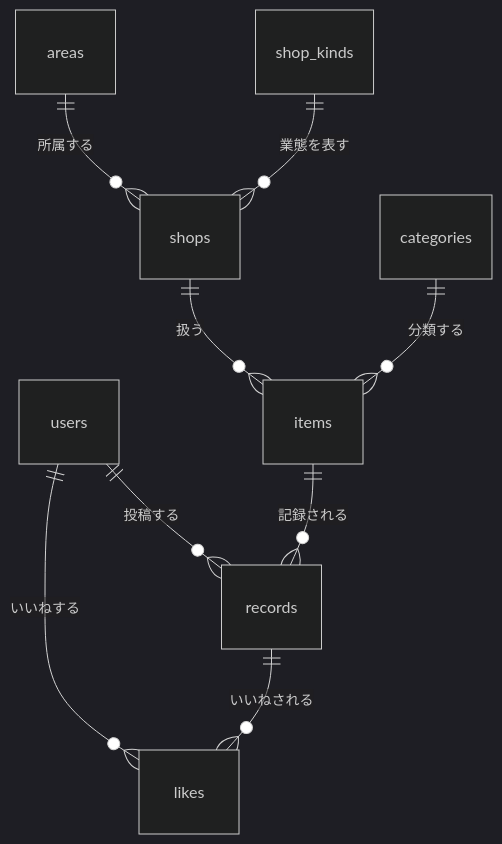
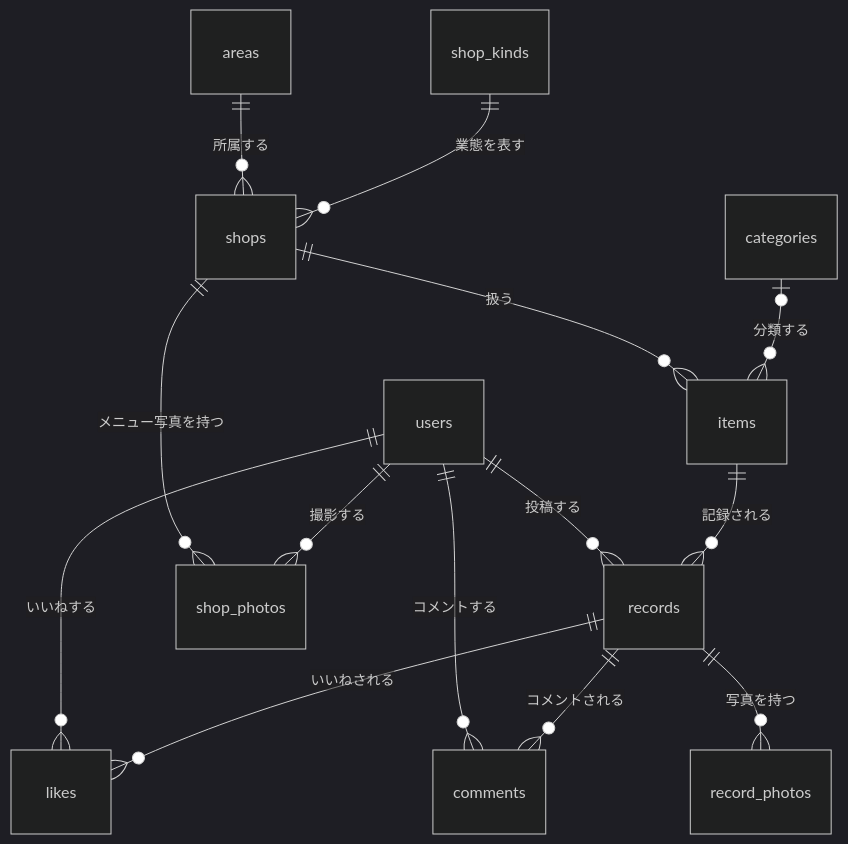
The diagram in docs/テーブル設計.md (saki-nakata/nani-tabeta), drawn with Mermaid (dark theme) before and after one commit. The commit also changed other lines of this file and 2 other files, not shown here.

````diff
--- a/docs/テーブル設計.md
+++ b/docs/テーブル設計.md
@@ -5,11 +5,16 @@
 ```mermaid
 erDiagram
-    users      ||--o{ records : "投稿する"
-    users      ||--o{ likes   : "いいねする"
-    records    ||--o{ likes   : "いいねされる"
-    shops      ||--o{ items   : "扱う"
-    items      ||--o{ records : "記録される"
-    categories ||--o{ items   : "分類する"
-    areas      ||--o{ shops   : "所属する"
-    shop_kinds ||--o{ shops   : "業態を表す"
+    users      ||--o{ records  : "投稿する"
+    users      ||--o{ likes    : "いいねする"
+    users      ||--o{ comments : "コメントする"
+    records    ||--o{ likes    : "いいねされる"
+    records    ||--o{ comments : "コメントされる"
+    records    ||--o{ record_photos : "写真を持つ"
+    shops      ||--o{ shop_photos   : "メニュー写真を持つ"
+    users      ||--o{ shop_photos   : "撮影する"
+    shops      ||--o{ items    : "扱う"
+    items      ||--o{ records  : "記録される"
+    categories |o--o{ items    : "分類する"
+    areas      ||--o{ shops    : "所属する"
+    shop_kinds ||--o{ shops    : "業態を表す"
 ```
````
